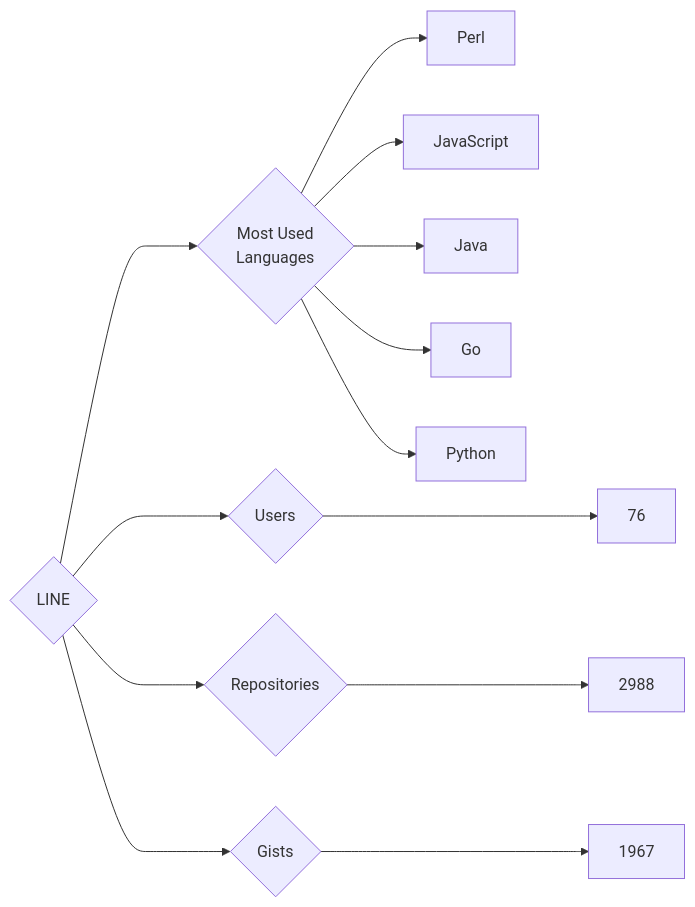
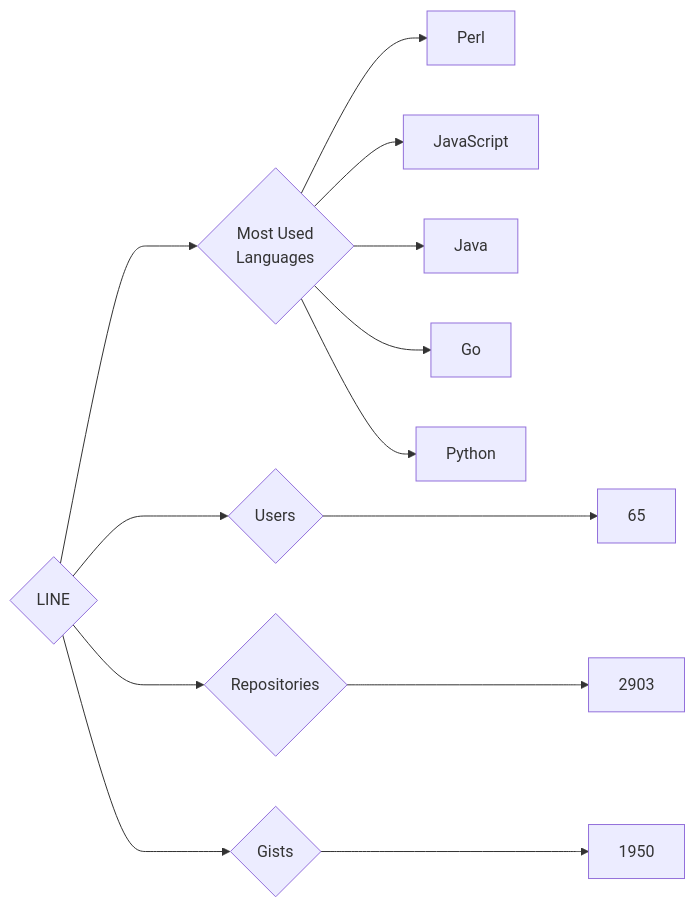
The diagram in targets/LINE/README.md (trickest/insiders), drawn with Mermaid before and after one commit. The commit also changed 773 other files, not shown here.

````diff
--- a/targets/LINE/README.md
+++ b/targets/LINE/README.md
@@ -3,13 +3,13 @@
 ```mermaid
 graph LR
 COMPANY_NAME{LINE}
-COMPANY_NAME ---> U{Users} ---> UN[76]
-COMPANY_NAME ---> R{Repositories} ---> RN[2988]
-COMPANY_NAME ---> G{Gists} ---> GN[1967]
+COMPANY_NAME ---> U{Users} ---> UN[65]
+COMPANY_NAME ---> R{Repositories} ---> RN[2903]
+COMPANY_NAME ---> G{Gists} ---> GN[1950]
 COMPANY_NAME ---> ML{Most Used<br>Languages}
 ML --> Perl[Perl]
 ML --> JavaScript[JavaScript]
 ML --> Java[Java]
 ML --> Go[Go]
 ML --> Python[Python]
 ```
````
